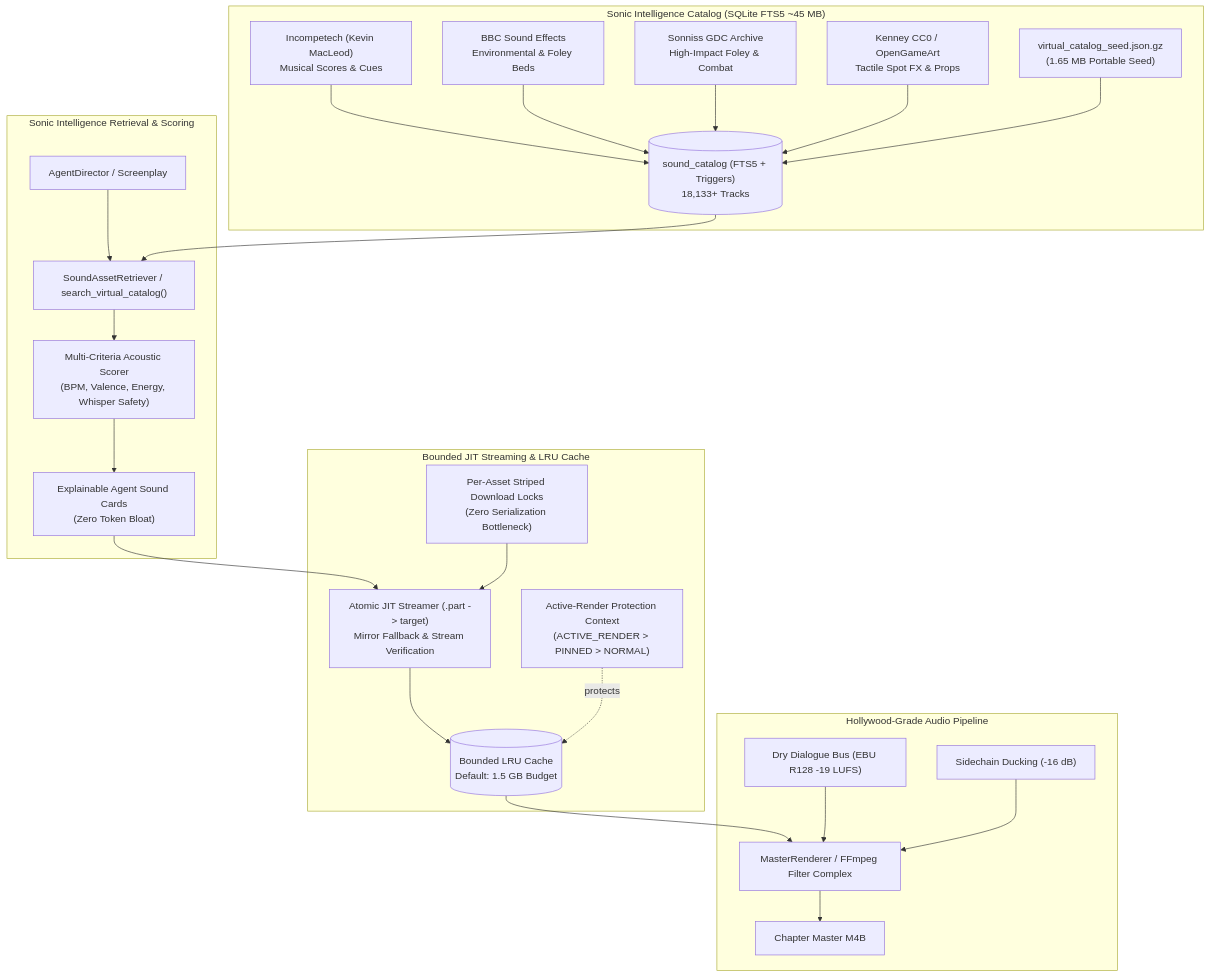
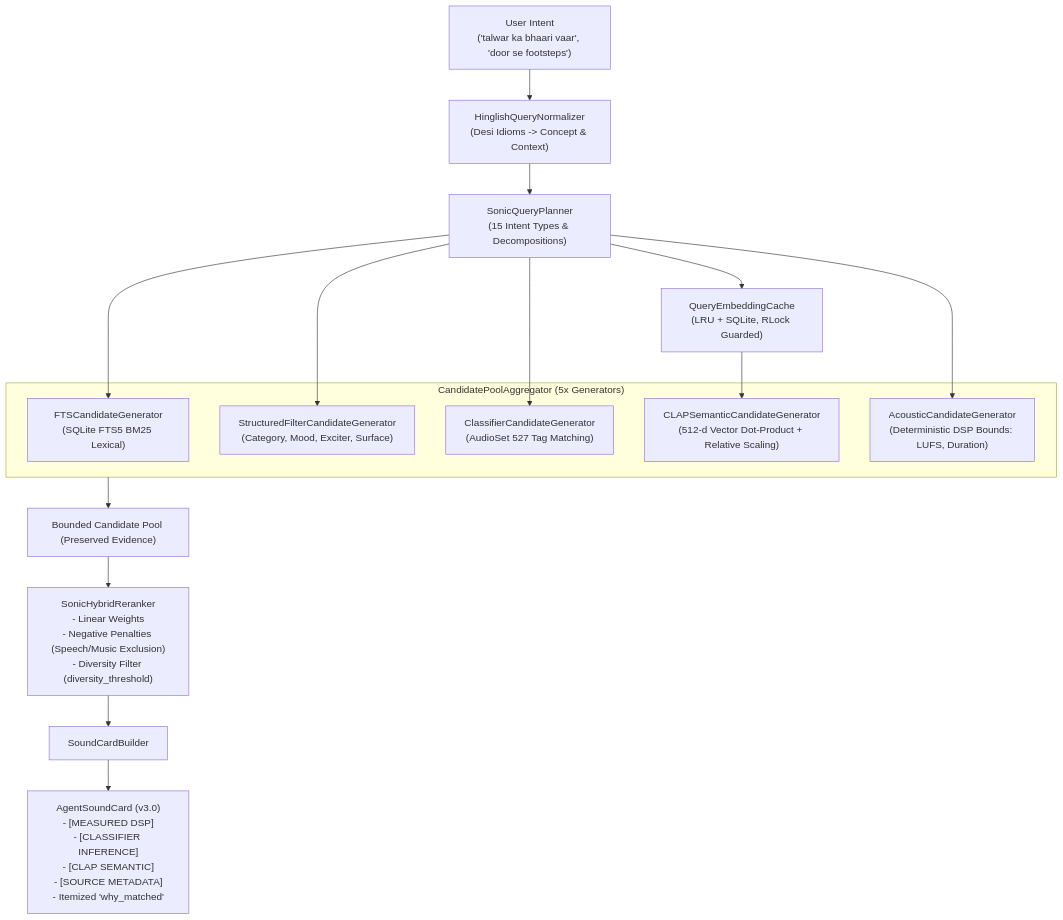
One commit to naksh-07/audiobook-maker changed the second of 2 diagrams in docs/SOUND_BANK.md. Above: the diagram before and after it, drawn with Mermaid. The commit also changed other lines of this file and 30 other files, not shown here.

Commit message:
feat(sound_intelligence): implement Sonic Intelligence Engine (Phases 1-3), Agent Sound Cards v3.0, and adversarial audit hardening

````diff
--- a/docs/SOUND_BANK.md
+++ b/docs/SOUND_BANK.md
@@ -20,51 +124,27 @@
 ```mermaid
 flowchart TD
-    subgraph MetadataLayer["Sonic Intelligence Catalog (SQLite FTS5 ~45 MB)"]
-        Incompetech["Incompetech (Kevin MacLeod)\nMusical Scores & Cues"]
-        BBC["BBC Sound Effects\nEnvironmental & Foley Beds"]
-        Sonniss["Sonniss GDC Archive\nHigh-Impact Foley & Combat"]
-        Kenney["Kenney CC0 / OpenGameArt\nTactile Spot FX & Props"]
-        Seed["virtual_catalog_seed.json.gz\n(1.65 MB Portable Seed)"]
-        CatalogDB[("sound_catalog (FTS5 + Triggers)\n18,133+ Tracks")]
+    UserQuery["User Intent\n('talwar ka bhaari vaar', 'door se footsteps')"] --> Normalizer["HinglishQueryNormalizer\n(Desi Idioms -> Concept & Context)"]
+    Normalizer --> Planner["SonicQueryPlanner\n(15 Intent Types & Decompositions)"]
+    
+    Planner --> Cache["QueryEmbeddingCache\n(LRU + SQLite, RLock Guarded)"]
+    
+    subgraph CandidatePoolAggregator["CandidatePoolAggregator (5x Generators)"]
+        GenFTS["FTSCandidateGenerator\n(SQLite FTS5 BM25 Lexical)"]
+        GenStruct["StructuredFilterCandidateGenerator\n(Category, Mood, Exciter, Surface)"]
+        GenClass["ClassifierCandidateGenerator\n(AudioSet 527 Tag Matching)"]
+        GenCLAP["CLAPSemanticCandidateGenerator\n(512-d Vector Dot-Product + Relative Scaling)"]
+        GenAcoustic["AcousticCandidateGenerator\n(Deterministic DSP Bounds: LUFS, Duration)"]
     end
-
-    subgraph RetrievalLayer["Sonic Intelligence Retrieval & Scoring"]
-        AgentDirector["AgentDirector / Screenplay"]
-        Retriever["SoundAssetRetriever / search_virtual_catalog()"]
-        Scorer["Multi-Criteria Acoustic Scorer\n(BPM, Valence, Energy, Whisper Safety)"]
-        SoundCard["Explainable Agent Sound Cards\n(Zero Token Bloat)"]
-    end
-
-    subgraph CacheAndStreaming["Bounded JIT Streaming & LRU Cache"]
-        StripedLocks["Per-Asset Striped Download Locks\n(Zero Serialization Bottleneck)"]
-        JITStreamer["Atomic JIT Streamer (.part -> target)\nMirror Fallback & Stream Verification"]
-        LRUCache[("Bounded LRU Cache\nDefault: 1.5 GB Budget")]
-        ActivePin["Active-Render Protection Context\n(ACTIVE_RENDER > PINNED > NORMAL)"]
-    end
-
-    subgraph AudioMastering["Hollywood-Grade Audio Pipeline"]
-        MasterRenderer["MasterRenderer / FFmpeg Filter Complex"]
-        Vocals["Dry Dialogue Bus (EBU R128 -19 LUFS)"]
-        Ducking["Sidechain Ducking (-16 dB)"]
-        MasterOutput["Chapter Master M4B"]
-    end
-
-    Incompetech --> CatalogDB
-    BBC --> CatalogDB
-    Sonniss --> CatalogDB
-    Kenney --> CatalogDB
-    Seed --> CatalogDB
-
-    AgentDirector --> Retriever
-    CatalogDB --> Retriever
-    Retriever --> Scorer --> SoundCard
-
-    SoundCard --> JITStreamer
-    StripedLocks --> JITStreamer
-    JITStreamer --> LRUCache
-    ActivePin -.protects.-> LRUCache
-    LRUCache --> MasterRenderer
-    Vocals --> MasterRenderer
-    Ducking --> MasterRenderer
-    MasterRenderer --> MasterOutput
+    
+    Planner --> GenFTS
+    Planner --> GenStruct
+    Planner --> GenClass
+    Cache --> GenCLAP
+    Planner --> GenAcoustic
+    
+    CandidatePoolAggregator --> Pool["Bounded Candidate Pool (Preserved Evidence)"]
+    Pool --> Reranker["SonicHybridReranker\n- Linear Weights\n- Negative Penalties (Speech/Music Exclusion)\n- Diversity Filter (diversity_threshold)"]
+    
+    Reranker --> SoundCardBuilder["SoundCardBuilder"]
+    SoundCardBuilder --> OutputCards["AgentSoundCard (v3.0)\n- [MEASURED DSP]\n- [CLASSIFIER INFERENCE]\n- [CLAP SEMANTIC]\n- [SOURCE METADATA]\n- Itemized 'why_matched'"]
 ```
````
